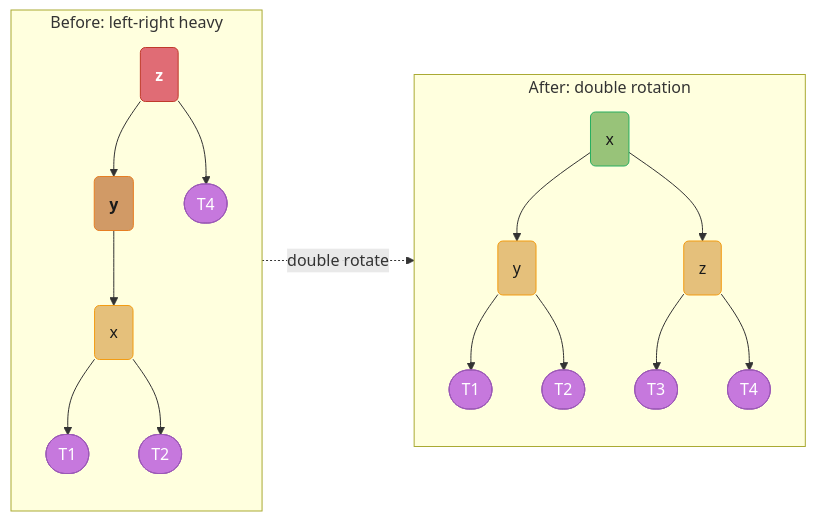
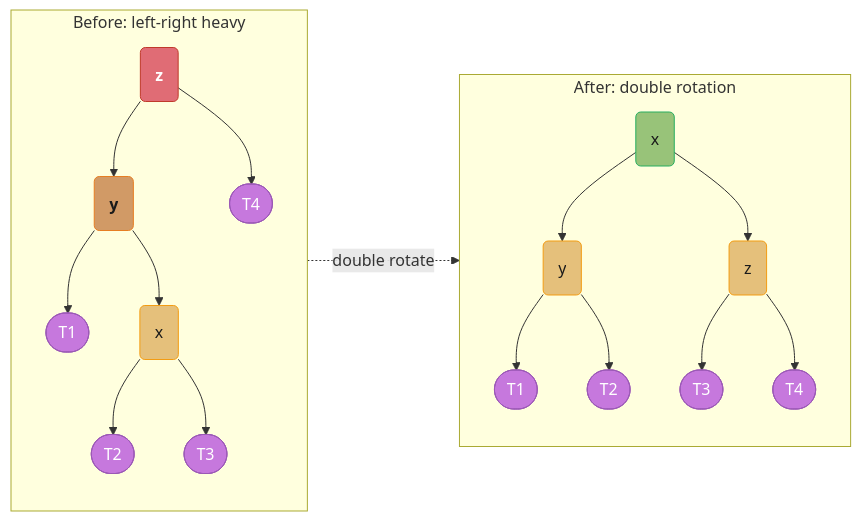
Before and after one commit to rppol/system-design: the second of 7 diagrams in src/main/java/com/rutik/systemdesign/cs_fundamentals/trees_and_binary_search_trees/trees_and_binary_search_trees.md, drawn with Mermaid. The commit also changed other lines of this file and 4 other files, not shown here.

````diff
--- a/src/main/java/com/rutik/systemdesign/cs_fundamentals/trees_and_binary_search_trees/trees_and_binary_search_trees.md
+++ b/src/main/java/com/rutik/systemdesign/cs_fundamentals/trees_and_binary_search_trees/trees_and_binary_search_trees.md
@@ -146,39 +146,40 @@
 ```mermaid
 flowchart LR
     classDef io      fill:#61afef,stroke:#2e86c1,color:#1a1a1a,font-weight:bold
     classDef frozen  fill:#c678dd,stroke:#9b59b6,color:#fff
     classDef train   fill:#98c379,stroke:#27ae60,color:#1a1a1a
     classDef mathOp  fill:#d19a66,stroke:#e67e22,color:#1a1a1a,font-weight:bold
     classDef lossN   fill:#e06c75,stroke:#c0392b,color:#fff,font-weight:bold
     classDef req     fill:#56b6c2,stroke:#0097a7,color:#1a1a1a
     classDef base    fill:#e5c07b,stroke:#f39c12,color:#1a1a1a
 
     subgraph B2["Before: left-right heavy"]
         direction TB
         Z3("z") --> Y3("y")
         Z3 --> T4c(["T4"])
+        Y3 --> T1c(["T1"])
         Y3 --> X3("x")
-        X3 --> T1c(["T1"])
         X3 --> T2c(["T2"])
+        X3 --> T3c(["T3"])
     end
 
     subgraph A2["After: double rotation"]
         direction TB
         X4("x") --> Y4("y")
         X4 --> Z4("z")
         Y4 --> T1d(["T1"])
         Y4 --> T2d(["T2"])
         Z4 --> T3d(["T3"])
         Z4 --> T4d(["T4"])
     end
 
     B2 -.->|"double rotate"| A2
 
     class Z3 lossN
     class Y3 mathOp
     class X3 base
-    class T1c,T2c,T4c frozen
+    class T1c,T2c,T3c,T4c frozen
     class X4 train
     class Y4,Z4 base
     class T1d,T2d,T3d,T4d frozen
 ```
````
